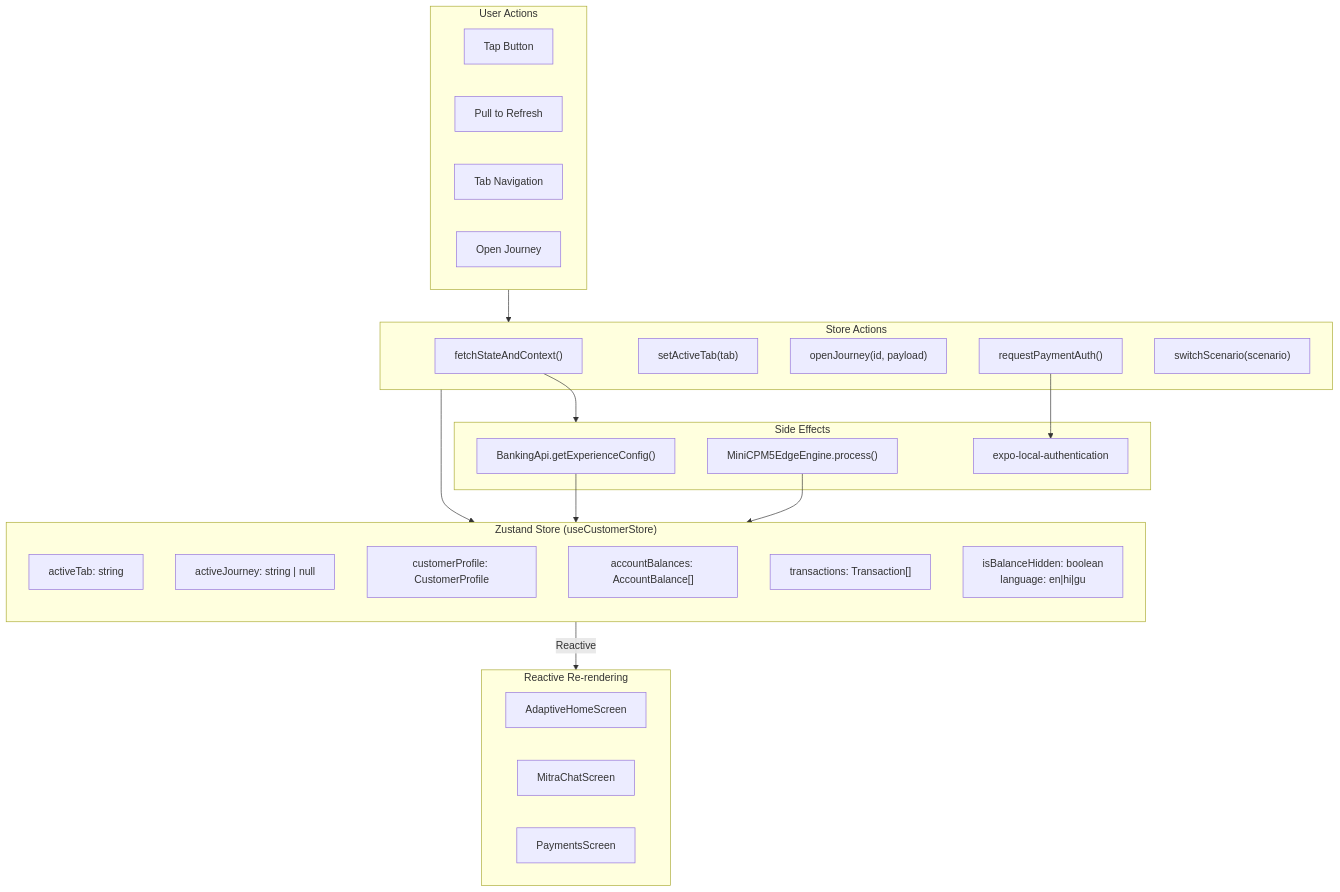
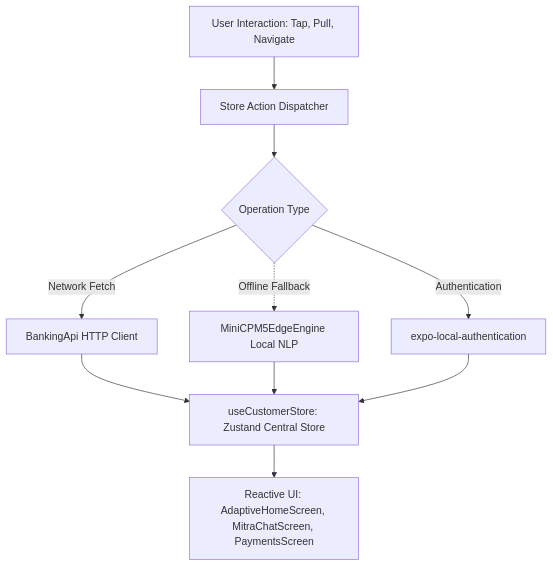
Before and after one commit to Neutron-0/ABC-Bank: diagram 22 of 41 in README.md, drawn with Mermaid. The commit also changed other lines of this file and 33 other files, not shown here.

````diff
--- a/README.md
+++ b/README.md
@@ -1612,47 +1485,15 @@
 ```mermaid
 flowchart TD
-  subgraph UserActions["User Actions"]
-    Tap["Tap Button"]
-    Pull["Pull to Refresh"]
-    Navigate["Tab Navigation"]
-    Modal["Open Journey"]
-  end
-
-  subgraph ZustandStore3["Zustand Store (useCustomerStore)"]
-    direction TB
-    TabState["activeTab: string"]
-    JourneyState["activeJourney: string | null"]
-    ProfileState["customerProfile: CustomerProfile"]
-    BalanceState["accountBalances: AccountBalance[]"]
-    TxnState["transactions: Transaction[]"]
-    UIState["isBalanceHidden: boolean\nlanguage: en|hi|gu"]
-  end
-
-  subgraph Actions["Store Actions"]
-    FetchAction["fetchStateAndContext()"]
-    SetTab["setActiveTab(tab)"]
-    OpenJourney["openJourney(id, payload)"]
-    PayAuth["requestPaymentAuth()"]
-    SwitchScenario2["switchScenario(scenario)"]
-  end
-
-  subgraph Effects["Side Effects"]
-    APICall["BankingApi.getExperienceConfig()"]
-    EdgeCall["MiniCPM5EdgeEngine.process()"]
-    BiometricCall["expo-local-authentication"]
-  end
-
-  subgraph Rendering["Reactive Re-rendering"]
-    HomeRender["AdaptiveHomeScreen"]
-    ChatRender["MitraChatScreen"]
-    PayRender["PaymentsScreen"]
-  end
-
-  UserActions --> Actions
-  Actions --> ZustandStore3
-  FetchAction --> Effects
-  PayAuth --> BiometricCall
-  APICall --> ZustandStore3
-  EdgeCall --> ZustandStore3
-  ZustandStore3 -->|"Reactive"| Rendering
+  UserAction["User Interaction: Tap, Pull, Navigate"] --> StoreDispatch["Store Action Dispatcher"]
+  
+  StoreDispatch --> Router{"Operation Type"}
+  Router -->|Network Fetch| ApiCall["BankingApi HTTP Client"]
+  Router -.->|Offline Fallback| EdgeEngine["MiniCPM5EdgeEngine Local NLP"]
+  Router -->|Authentication| BioService["expo-local-authentication"]
+  
+  ApiCall --> StoreCore["useCustomerStore: Zustand Central Store"]
+  EdgeEngine --> StoreCore
+  BioService --> StoreCore
+  
+  StoreCore --> ReactiveUI["Reactive UI: AdaptiveHomeScreen, MitraChatScreen, PaymentsScreen"]
 ```
````
